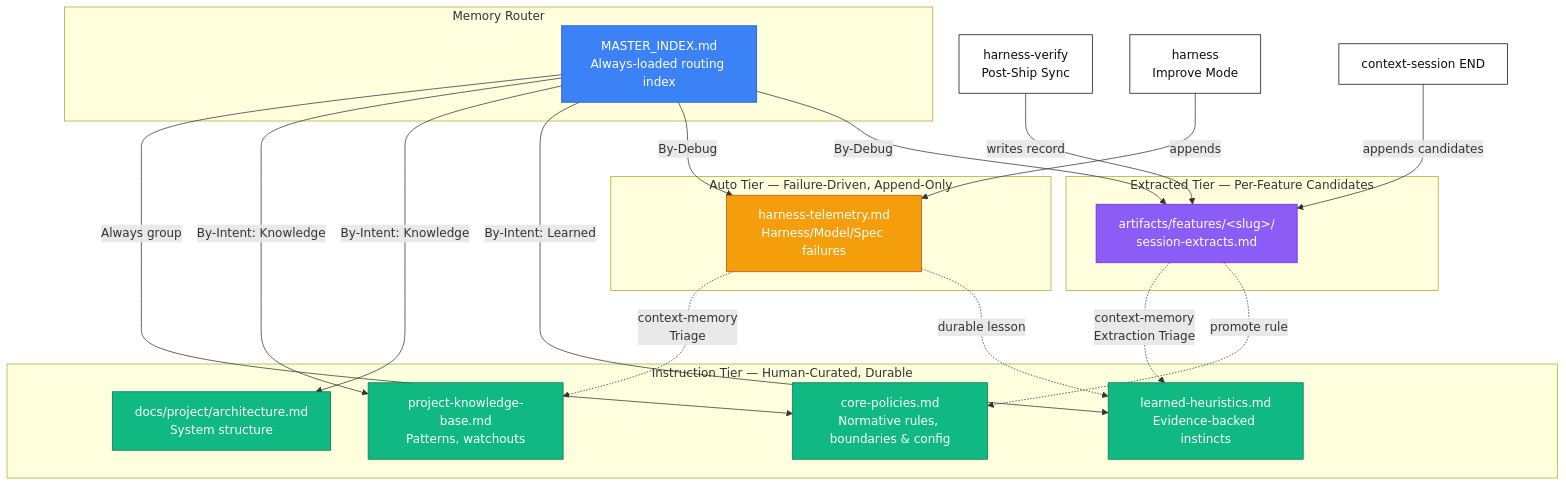
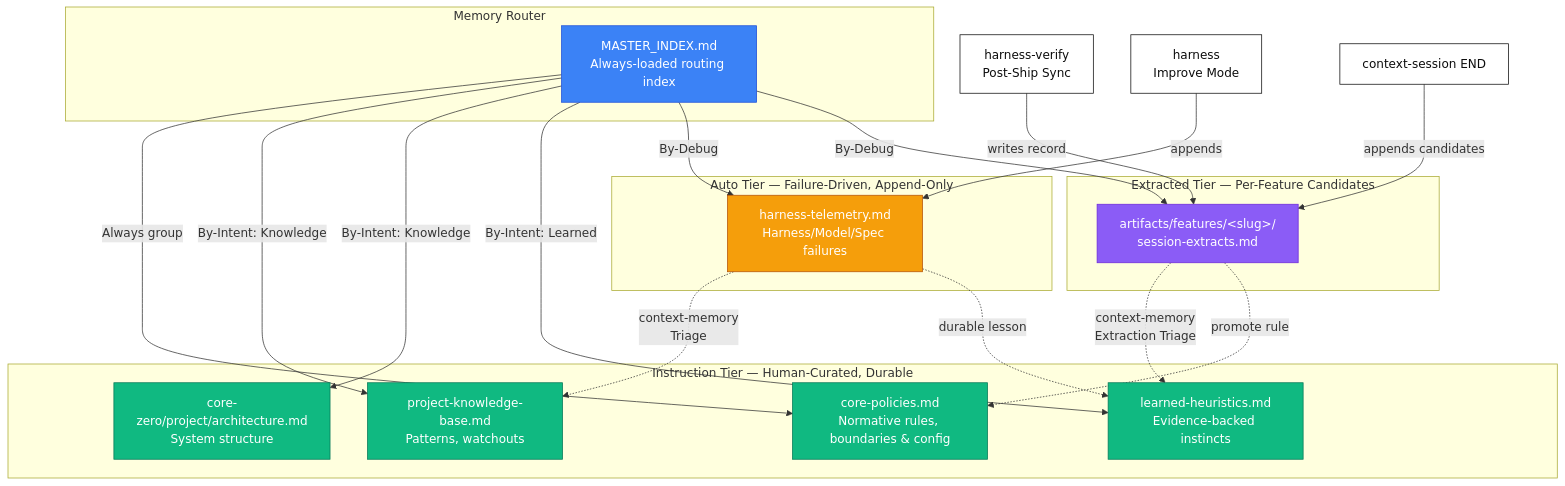
The first of 3 diagrams in documents/memory.md (thaihai-swe/CoreZero-Nexus), drawn with Mermaid before and after one commit. The commit also changed other lines of this file and 74 other files, not shown here.

First line of the commit message:
Refactor project structure to use core-zero directory

````diff
--- a/documents/memory.md
+++ b/documents/memory.md
@@ -11,54 +11,54 @@
 ```mermaid
 flowchart TD
     %% 3-Tier Memory Architecture (Instruction / Auto / Extracted)
 
     subgraph INSTR["Instruction Tier — Human-Curated, Durable"]
         CONST[core-policies.md<br/>Normative rules, boundaries & config]
         PKB[project-knowledge-base.md<br/>Patterns, watchouts]
         HEUR[learned-heuristics.md<br/>Evidence-backed instincts]
-        ARCH[docs/project/architecture.md<br/>System structure]
+        ARCH[core-zero/project/architecture.md<br/>System structure]
     end
 
     subgraph AUTO["Auto Tier — Failure-Driven, Append-Only"]
         OBS[harness-telemetry.md<br/>Harness/Model/Spec failures]
     end
 
     subgraph EXTR["Extracted Tier — Per-Feature Candidates"]
         EXT[artifacts/features/&lt;slug&gt;/<br/>session-extracts.md]
     end
 
     subgraph ROUTER["Memory Router"]
         IDX[MASTER_INDEX.md<br/>Always-loaded routing index]
     end
 
     %% Routing
     IDX -->|Always group| CONST
     IDX -->|By-Intent: Knowledge| PKB
     IDX -->|By-Intent: Knowledge| ARCH
     IDX -->|By-Intent: Learned| HEUR
     IDX -->|By-Debug| OBS
     IDX -->|By-Debug| EXT
 
     %% Promotion flow (extracted -> instruction)
     EXT -.->|context-memory<br/>Extraction Triage| HEUR
     EXT -.->|promote rule| CONST
     OBS -.->|context-memory<br/>Triage| PKB
     OBS -.->|durable lesson| HEUR
 
     %% Writers
     AIDV[harness-verify<br/>Post-Ship Sync] -->|writes record| EXT
     AIHN[harness<br/>Improve Mode] -->|appends| OBS
     AIDS[context-session END] -->|appends candidates| EXT
 
     classDef instr fill:#10b981,stroke:#047857,color:#fff
     classDef auto fill:#f59e0b,stroke:#b45309,color:#fff
     classDef extr fill:#8b5cf6,stroke:#6d28d9,color:#fff
     classDef router fill:#3b82f6,stroke:#1d4ed8,color:#fff
     classDef writer fill:#fff,stroke:#0d0d0d,color:#0d0d0d
 
     class CONST,PKB,HEUR,ARCH instr
     class OBS auto
     class EXT extr
     class IDX router
     class AIDV,AIHN,AIDS writer
 ```
````
